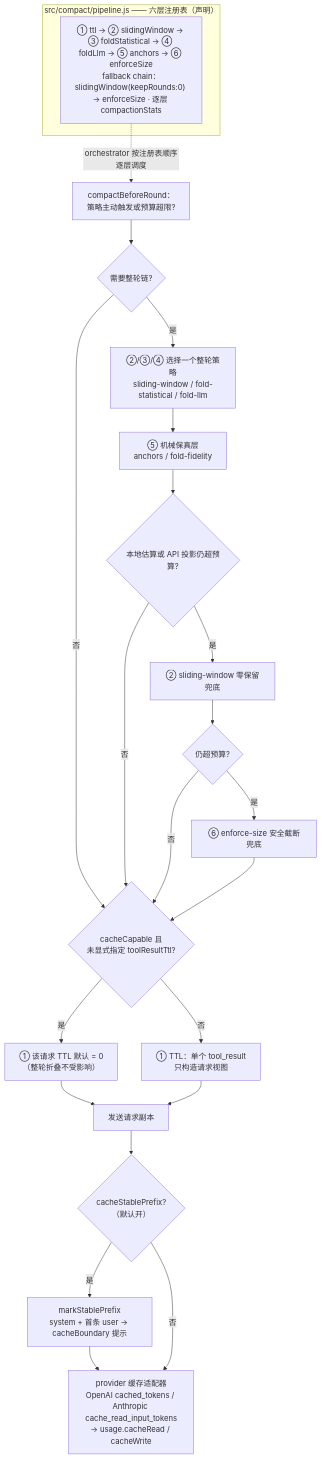
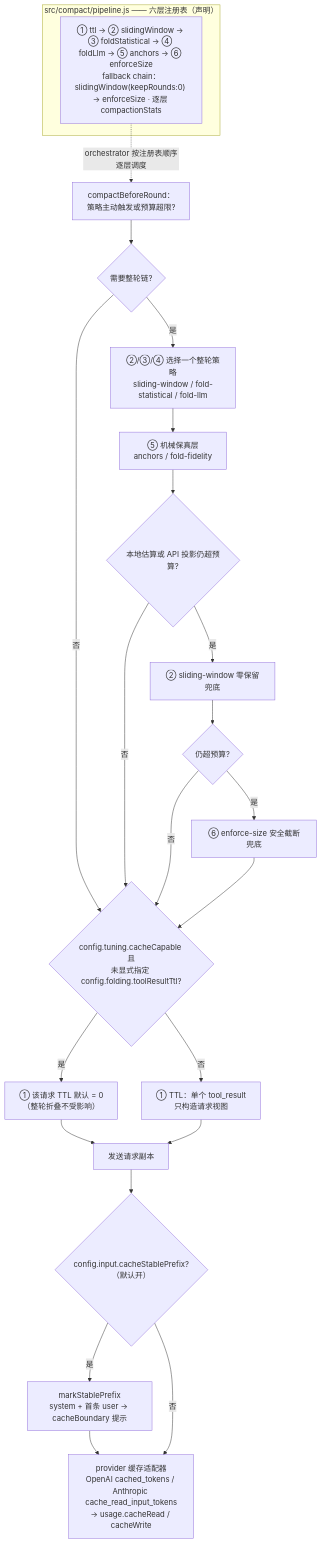
The fourth of 5 diagrams in docs/charts_cn.md (ErixWong/erix-agent), drawn with Mermaid before and after one commit. The commit also changed other lines of this file and 1 other file, not shown here.

First line of the commit message:
docs(#523): charts 中英把缓存/折叠/TTL 的选项拼写改成规位形态

````diff
--- a/docs/charts_cn.md
+++ b/docs/charts_cn.md
@@ -263,26 +263,26 @@
 ```mermaid
 flowchart TD
     subgraph reg["src/compact/pipeline.js —— 六层注册表（声明）"]
         REG["① ttl → ② slidingWindow → ③ foldStatistical → ④ foldLlm → ⑤ anchors → ⑥ enforceSize<br/>fallback chain：slidingWindow(keepRounds:0) → enforceSize · 逐层 compactionStats"]
     end
     REG -. "orchestrator 按注册表顺序逐层调度" .-> A
     A["compactBeforeRound：<br/>策略主动触发或预算超限?"] --> B{"需要整轮链?"}
-    B -- 否 --> CC{"cacheCapable 且<br/>未显式指定 toolResultTtl?"}
+    B -- 否 --> CC{"config.tuning.cacheCapable 且<br/>未显式指定 config.folding.toolResultTtl?"}
     B -- 是 --> C["②/③/④ 选择一个整轮策略<br/>sliding-window / fold-statistical / fold-llm"]
     C --> D["⑤ 机械保真层<br/>anchors / fold-fidelity"]
     D --> F{"本地估算或 API 投影仍超预算?"}
     F -- 否 --> CC
     F -- 是 --> G["② sliding-window 零保留兜底"]
     G --> H{"仍超预算?"}
     H -- 否 --> CC
     H -- 是 --> I["⑥ enforce-size 安全截断兜底"]
     I --> CC
     CC -- 是 --> T0["① 该请求 TTL 默认 = 0<br/>（整轮折叠不受影响）"]
     CC -- 否 --> J["① TTL：单个 tool_result<br/>只构造请求视图"]
     T0 --> Z["发送请求副本"]
     J --> Z
-    Z --> SP{"cacheStablePrefix?<br/>（默认开）"}
+    Z --> SP{"config.input.cacheStablePrefix?<br/>（默认开）"}
     SP -- 是 --> SPM["markStablePrefix<br/>system + 首条 user → cacheBoundary 提示"]
     SPM --> ADAPT["provider 缓存适配器<br/>OpenAI cached_tokens / Anthropic cache_read_input_tokens<br/>→ usage.cacheRead / cacheWrite"]
     SP -- 否 --> ADAPT
 ```
````
